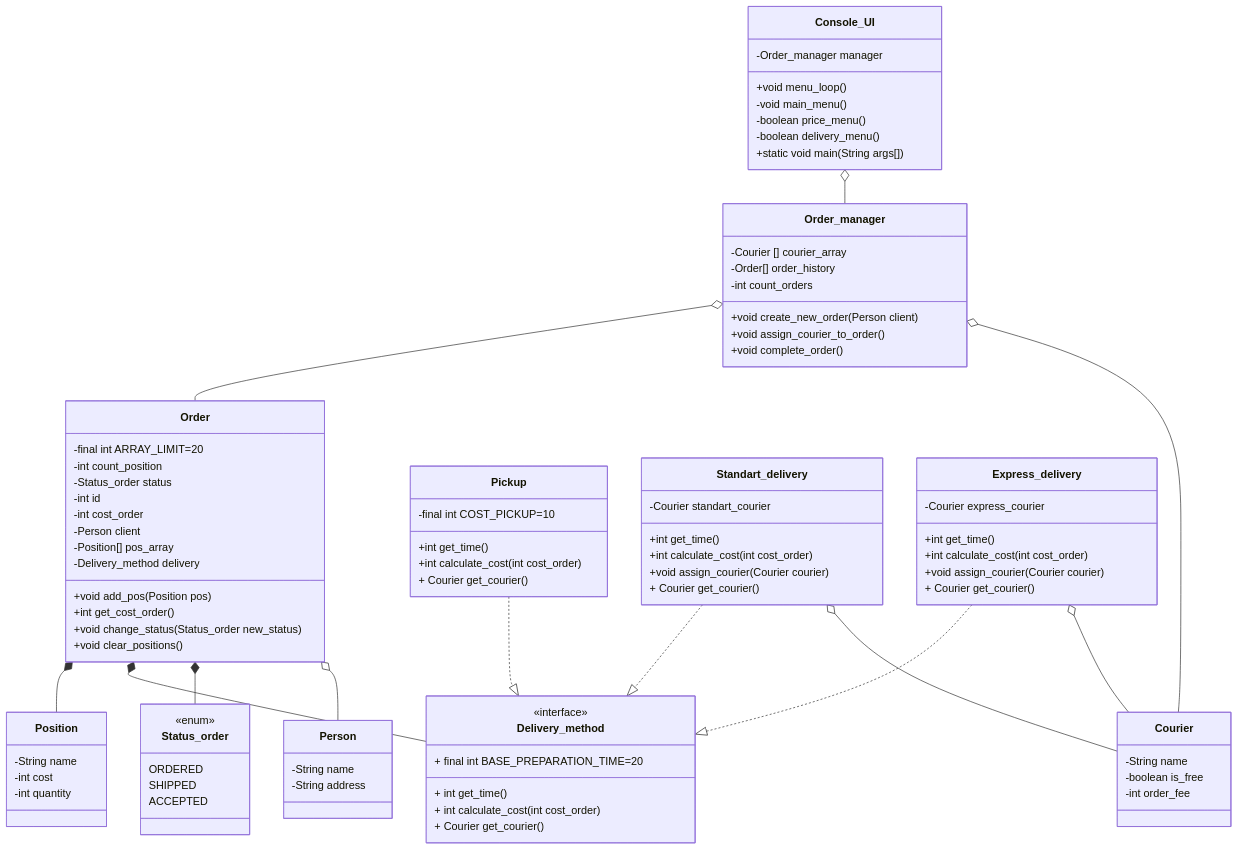
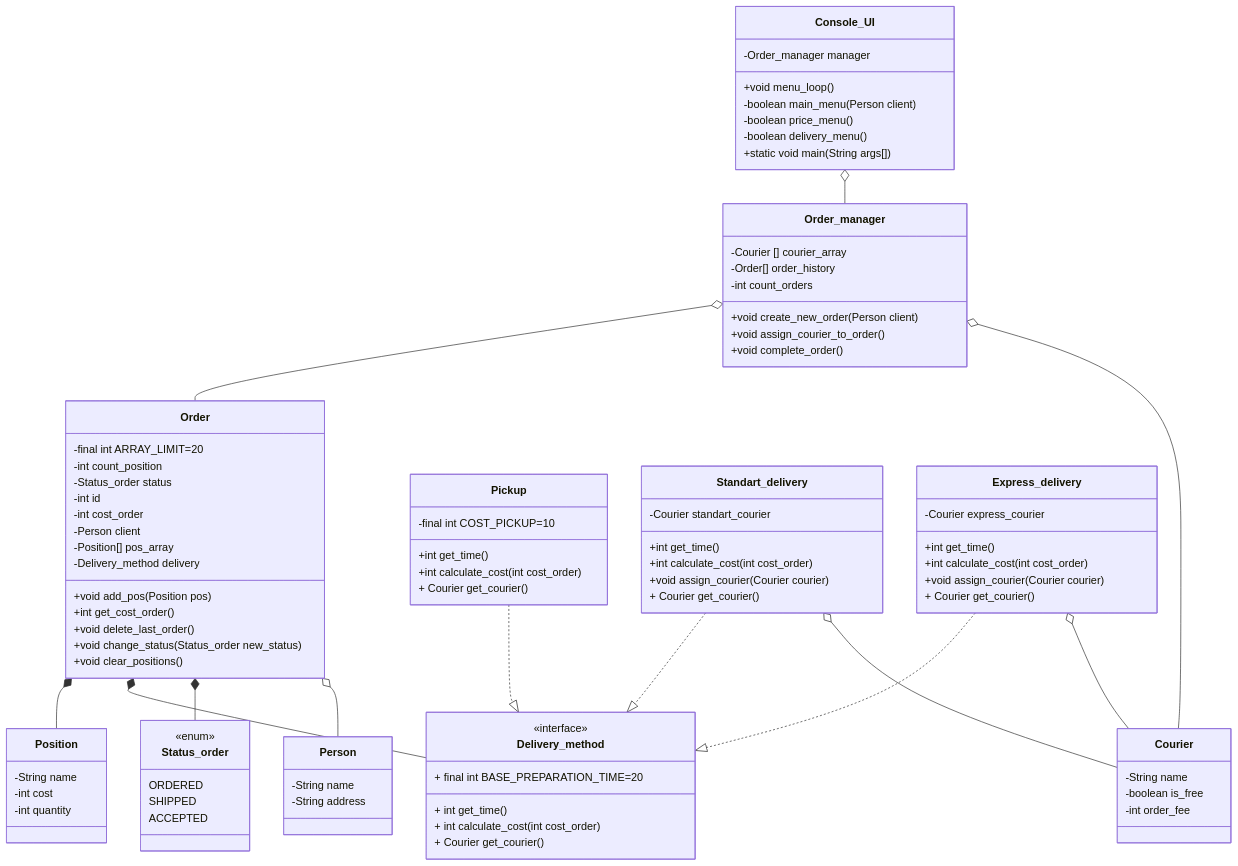
One commit to kirillkushaev2007-boop/Labaratory1 changed the diagram in README.md. Above: the diagram before and after it, drawn with Mermaid.

Commit message:
Update README.md
Added new method void delete_last_order() in Order.
Changed main_menu() method in Console_UI

```diff
--- a/README.md
+++ b/README.md
@@ -32,6 +32,7 @@
          %%Добавляет позицию в заказ
       +int get_cost_order()
          %%Считает стоимость всего заказа
+      +void delete_last_order()
       +void change_status(Status_order new_status)
       +void clear_positions()
          %%Очищает корзину
@@ -94,7 +95,7 @@
       -Order_manager manager
       +void menu_loop()
          %% Запускает цикл меню
-      -void main_menu()
+      -boolean main_menu(Person client)
          %% Запускает главное меню
       -boolean price_menu()
          %% Меню блюд
```
